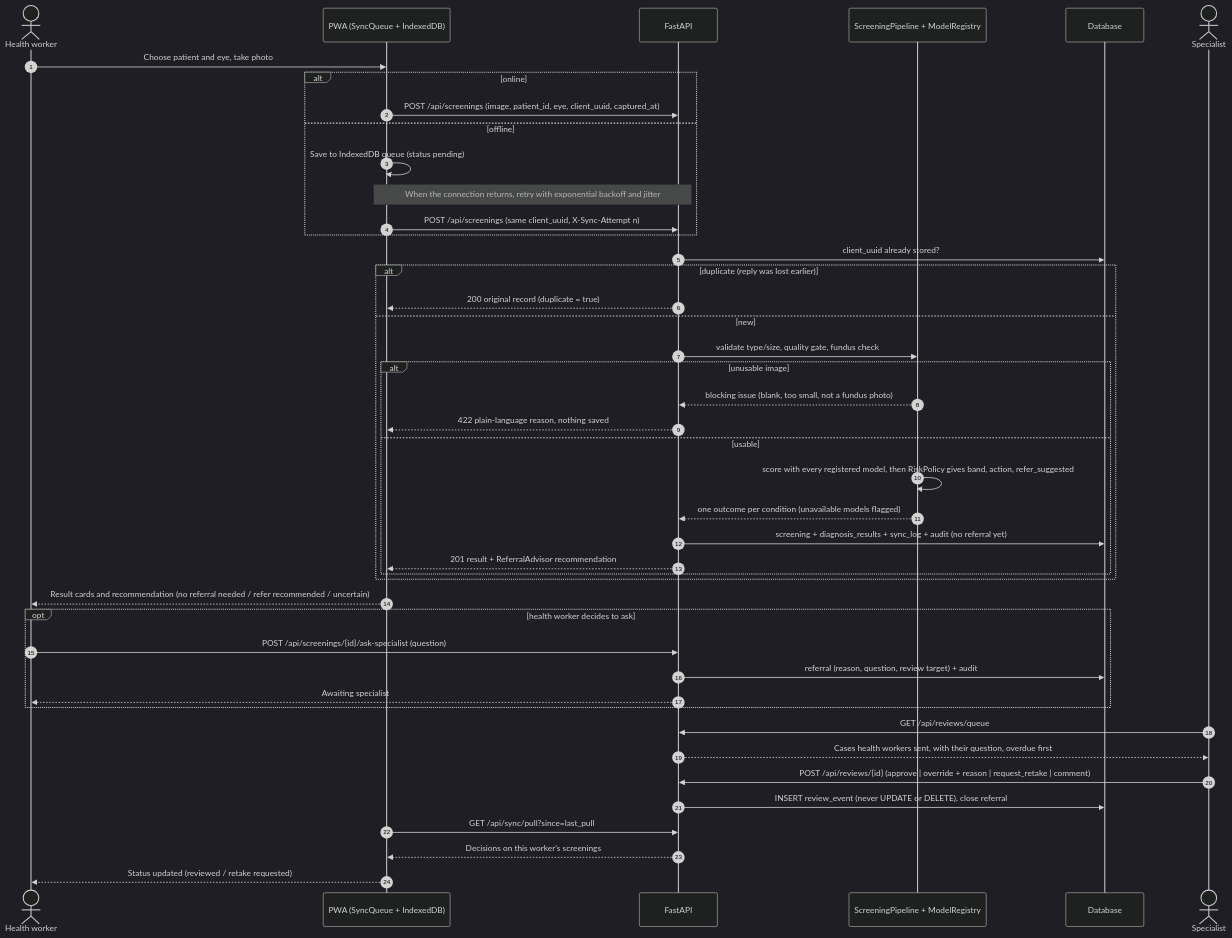
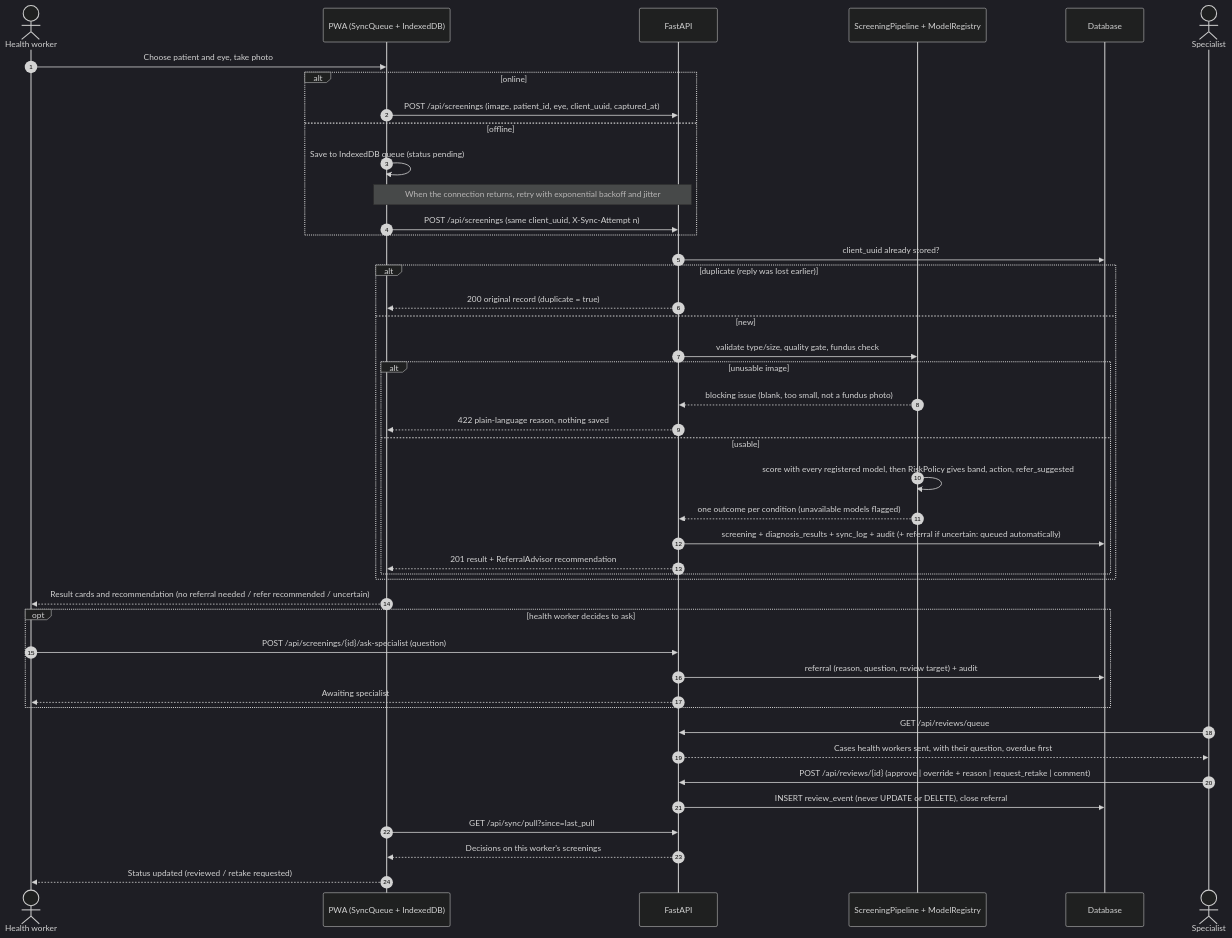
The diagram in docs/diagrams/src/sequence.mmd (Mikekimm/michael-kimani-eye-screening-capstone), drawn with Mermaid (dark theme) before and after one commit. The commit also changed 12 other files, not shown here.

Commit message:
docs: specialty routing, referral policy as in the proposal, sequence-diagram mapping, shared asynchronous queue, results

```diff
--- a/docs/diagrams/src/sequence.mmd
+++ b/docs/diagrams/src/sequence.mmd
@@ -1,46 +1,46 @@
 sequenceDiagram
   autonumber
   actor HW as Health worker
   participant App as PWA (SyncQueue + IndexedDB)
   participant API as FastAPI
   participant ML as ScreeningPipeline + ModelRegistry
   participant DB as Database
   actor SP as Specialist
 
   HW->>App: Choose patient and eye, take photo
   alt online
     App->>API: POST /api/screenings (image, patient_id, eye, client_uuid, captured_at)
   else offline
     App->>App: Save to IndexedDB queue (status pending)
     Note over App,API: When the connection returns, retry with exponential backoff and jitter
     App->>API: POST /api/screenings (same client_uuid, X-Sync-Attempt n)
   end
   API->>DB: client_uuid already stored?
   alt duplicate (reply was lost earlier)
     API-->>App: 200 original record (duplicate = true)
   else new
     API->>ML: validate type/size, quality gate, fundus check
     alt unusable image
       ML-->>API: blocking issue (blank, too small, not a fundus photo)
       API-->>App: 422 plain-language reason, nothing saved
     else usable
       ML->>ML: score with every registered model, then RiskPolicy gives band, action, refer_suggested
       ML-->>API: one outcome per condition (unavailable models flagged)
-      API->>DB: screening + diagnosis_results + sync_log + audit (no referral yet)
+      API->>DB: screening + diagnosis_results + sync_log + audit (+ referral if uncertain: queued automatically)
       API-->>App: 201 result + ReferralAdvisor recommendation
     end
   end
   App-->>HW: Result cards and recommendation (no referral needed / refer recommended / uncertain)
   opt health worker decides to ask
     HW->>API: POST /api/screenings/{id}/ask-specialist (question)
     API->>DB: referral (reason, question, review target) + audit
     API-->>HW: Awaiting specialist
   end
 
   SP->>API: GET /api/reviews/queue
   API-->>SP: Cases health workers sent, with their question, overdue first
   SP->>API: POST /api/reviews/{id} (approve | override + reason | request_retake | comment)
   API->>DB: INSERT review_event (never UPDATE or DELETE), close referral
   App->>API: GET /api/sync/pull?since=last_pull
   API-->>App: Decisions on this worker's screenings
   App-->>HW: Status updated (reviewed / retake requested)
```
